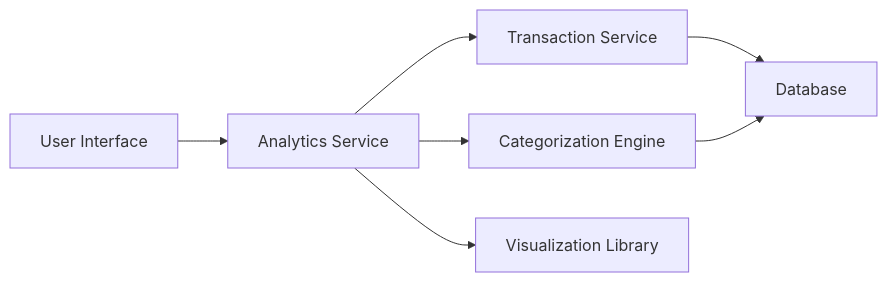
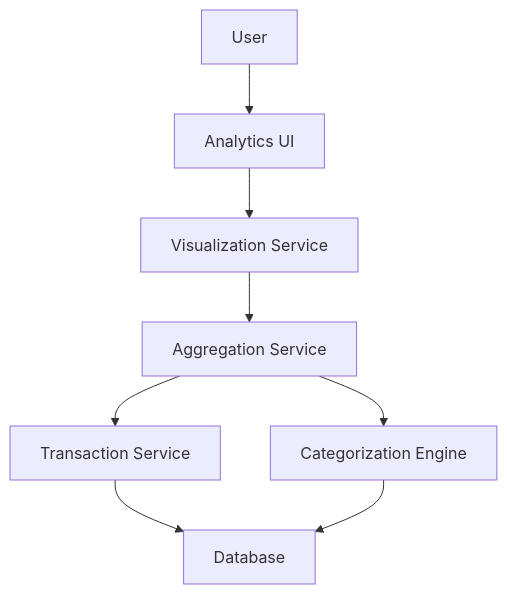
One commit to AAVA-Demo/APB_Demo changed the diagram in HLD/QE-7744_HLD.md. Above: the diagram before and after it, drawn with Mermaid. The commit also changed other lines of this file and 5 other files, not shown here.

````diff
--- a/HLD/QE-7744_HLD.md
+++ b/HLD/QE-7744_HLD.md
@@ -7,15 +7,17 @@
 ```mermaid
-flowchart LR
-    A["User Interface"]
-    B["Analytics Service"]
-    C["Transaction Service"]
-    D["Categorization Engine"]
-    E["Visualization Library"]
-    F["Database"]
+flowchart TD
+    A["User"]
+    B["Analytics UI"]
+    C["Visualization Service"]
+    D["Transaction Service"]
+    E["Categorization Engine"]
+    F["Aggregation Service"]
+    G["Database"]
     A --> B
     B --> C
-    B --> D
     C --> F
-    D --> F
-    B --> E
+    F --> D
+    F --> E
+    D --> G
+    E --> G
 ```
````
